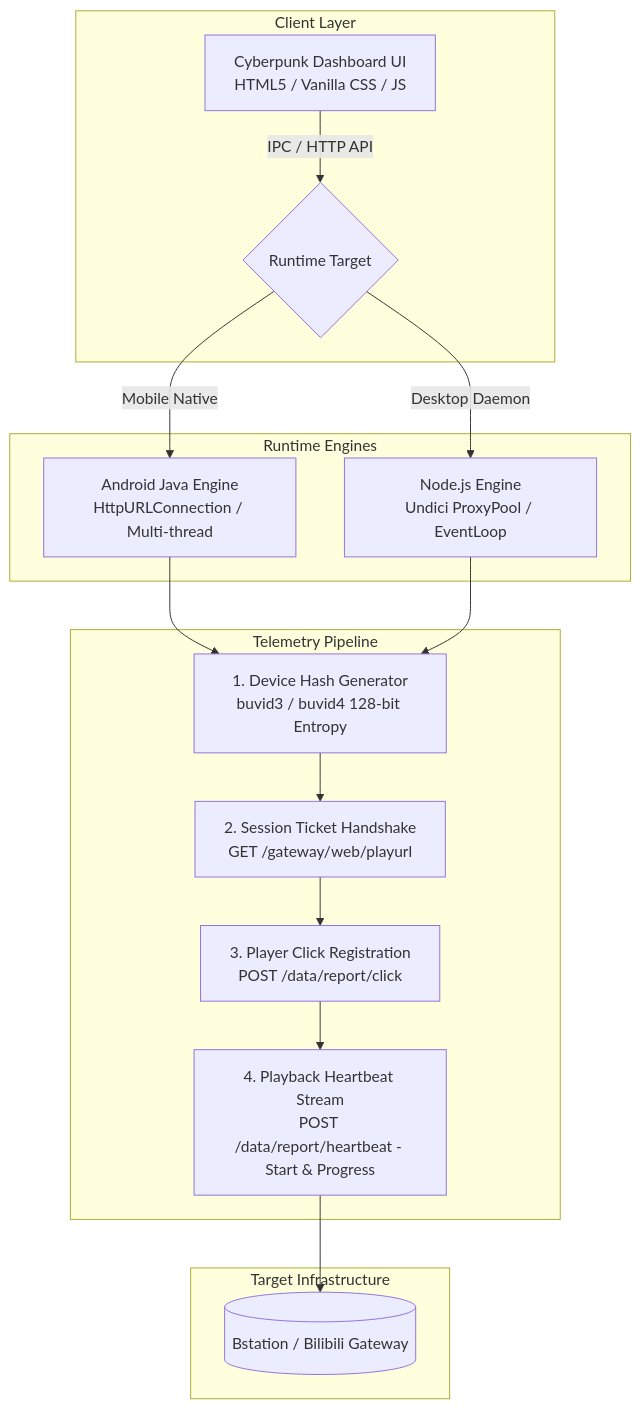
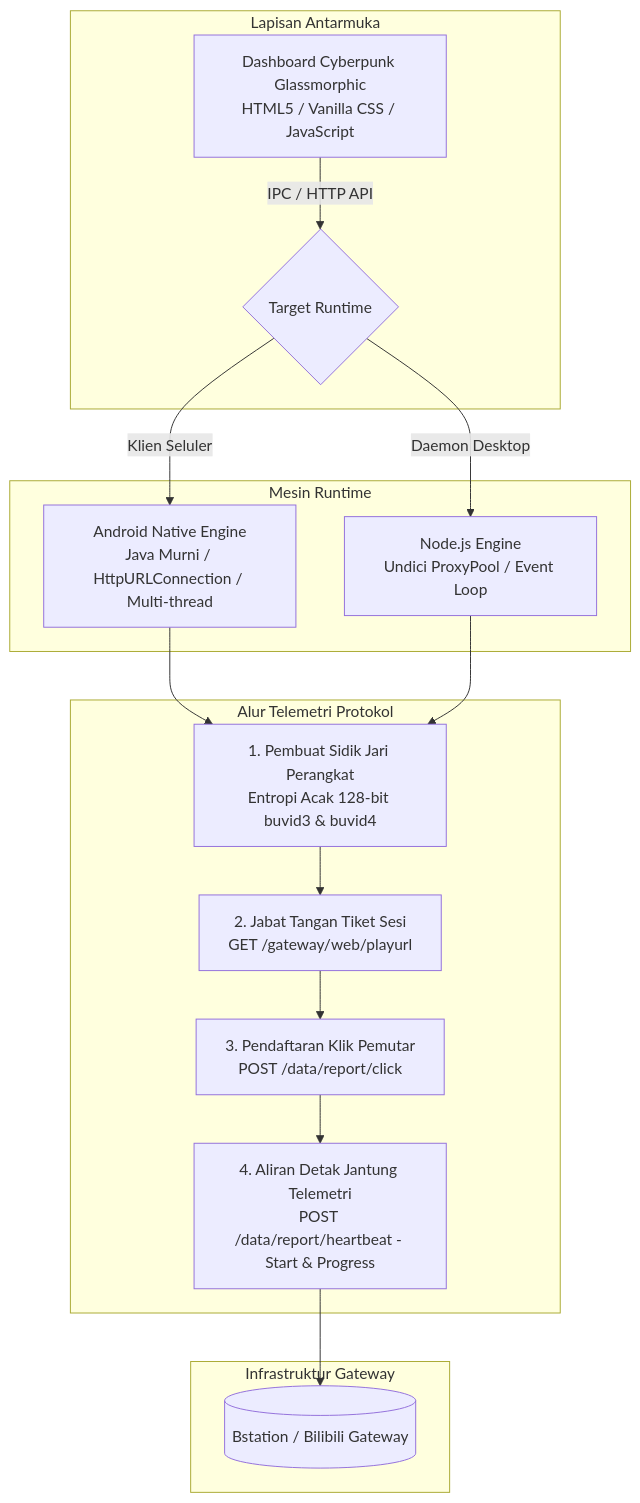
The diagram in README.md (YAMA2063/bstation-telemetry-engine), drawn with Mermaid before and after one commit. The commit also changed other lines of this file, not shown here.

````diff
--- a/README.md
+++ b/README.md
@@ -26,22 +26,22 @@
 ```mermaid
 flowchart TD
-    subgraph Client Layer
-        A[Cyberpunk Dashboard UI<br/>HTML5 / Vanilla CSS / JS] -->|IPC / HTTP API| B{Runtime Target}
+    subgraph Lapisan Antarmuka
+        A[Dashboard Cyberpunk Glassmorphic<br/>HTML5 / Vanilla CSS / JavaScript] -->|IPC / HTTP API| B{Target Runtime}
     end
 
-    subgraph Runtime Engines
-        B -->|Mobile Native| C[Android Java Engine<br/>HttpURLConnection / Multi-thread]
-        B -->|Desktop Daemon| D[Node.js Engine<br/>Undici ProxyPool / EventLoop]
+    subgraph Mesin Runtime
+        B -->|Klien Seluler| C[Android Native Engine<br/>Java Murni / HttpURLConnection / Multi-thread]
+        B -->|Daemon Desktop| D[Node.js Engine<br/>Undici ProxyPool / Event Loop]
     end
 
-    subgraph Telemetry Pipeline
-        C & D --> E[1. Device Hash Generator<br/>buvid3 / buvid4 128-bit Entropy]
-        E --> F[2. Session Ticket Handshake<br/>GET /gateway/web/playurl]
-        F --> G[3. Player Click Registration<br/>POST /data/report/click]
-        G --> H[4. Playback Heartbeat Stream<br/>POST /data/report/heartbeat - Start & Progress]
+    subgraph Alur Telemetri Protokol
+        C & D --> E[1. Pembuat Sidik Jari Perangkat<br/>Entropi Acak 128-bit buvid3 & buvid4]
+        E --> F[2. Jabat Tangan Tiket Sesi<br/>GET /gateway/web/playurl]
+        F --> G[3. Pendaftaran Klik Pemutar<br/>POST /data/report/click]
+        G --> H[4. Aliran Detak Jantung Telemetri<br/>POST /data/report/heartbeat - Start & Progress]
     end
 
-    subgraph Target Infrastructure
+    subgraph Infrastruktur Gateway
         H --> I[(Bstation / Bilibili Gateway)]
     end
 ```
````
